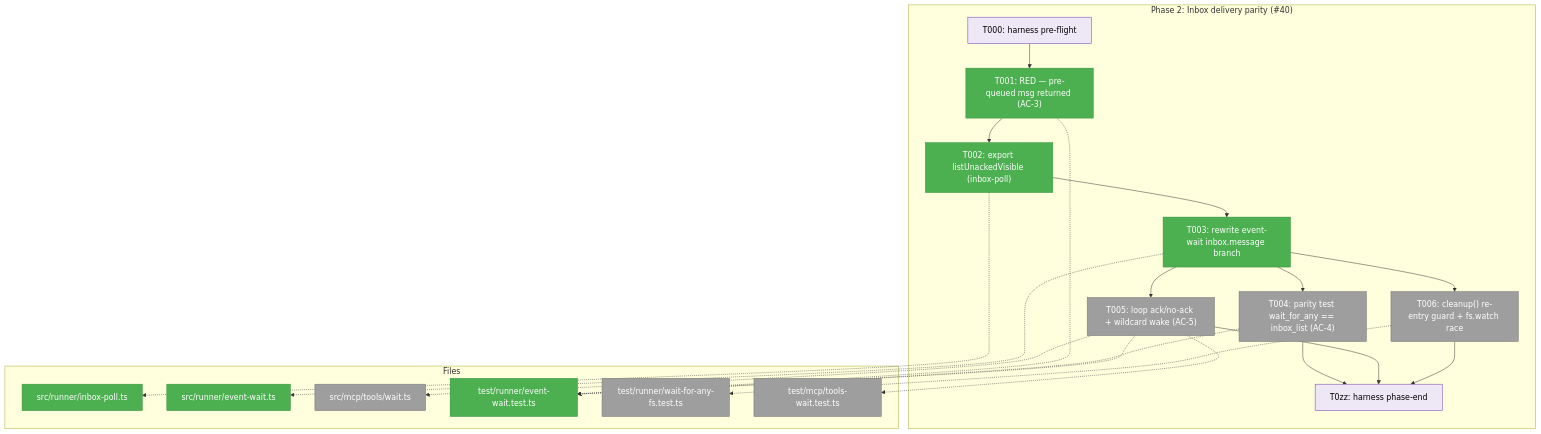
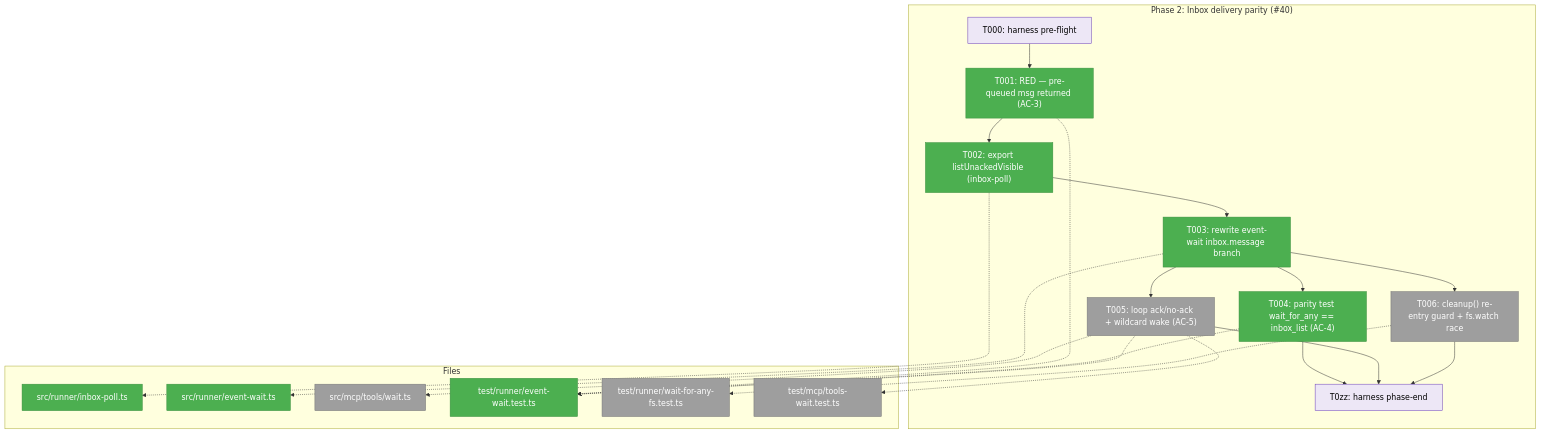
One commit to AI-Substrate/minih changed the first of 3 diagrams in docs/plans/027-companion-coordination/tasks/phase-2-inbox-delivery-parity/tasks.md. Above: the diagram before and after it, drawn with Mermaid. The commit also changed other lines of this file and 2 other files, not shown here.

Commit message:
test(runner): pin wait_for_any<->inbox_list unacked parity (#40 AC-4)
Both surfaces call the shared listUnackedVisible, so the same filter must yield
the same unacked set. Assert it directly (no-filter and type-filter), seeding
below the default limit so the comparison is over full sets, not coincidentally
truncated ones — a future limit change can't silently drift parity.

````diff
--- a/docs/plans/027-companion-coordination/tasks/phase-2-inbox-delivery-parity/tasks.md
+++ b/docs/plans/027-companion-coordination/tasks/phase-2-inbox-delivery-parity/tasks.md
@@ -79,43 +79,43 @@
 ```mermaid
 flowchart TD
     classDef pending fill:#9E9E9E,stroke:#757575,color:#fff
     classDef completed fill:#4CAF50,stroke:#388E3C,color:#fff
     classDef seam fill:#EDE7F6,stroke:#673AB7,color:#000
 
     subgraph Phase["Phase 2: Inbox delivery parity (#40)"]
         T000["T000: harness pre-flight"]:::seam
         T001["T001: RED — pre-queued msg returned (AC-3)"]:::completed
         T002["T002: export listUnackedVisible (inbox-poll)"]:::completed
         T003["T003: rewrite event-wait inbox.message branch"]:::completed
-        T004["T004: parity test wait_for_any == inbox_list (AC-4)"]:::pending
+        T004["T004: parity test wait_for_any == inbox_list (AC-4)"]:::completed
         T005["T005: loop ack/no-ack + wildcard wake (AC-5)"]:::pending
         T006["T006: cleanup() re-entry guard + fs.watch race"]:::pending
         T0zz["T0zz: harness phase-end"]:::seam
 
         T000 --> T001 --> T002 --> T003
         T003 --> T004
         T003 --> T005
         T003 --> T006
         T004 --> T0zz
         T005 --> T0zz
         T006 --> T0zz
     end
 
     subgraph Files["Files"]
         F1["src/runner/inbox-poll.ts"]:::completed
         F2["src/runner/event-wait.ts"]:::completed
         F3["src/mcp/tools/wait.ts"]:::pending
         FT1["test/runner/event-wait.test.ts"]:::completed
         FT2["test/runner/wait-for-any-fs.test.ts"]:::pending
         FT3["test/mcp/tools-wait.test.ts"]:::pending
     end
 
     T002 -.-> F1
     T003 -.-> F2
     T001 -.-> FT1
     T004 -.-> FT1
     T005 -.-> FT1
     T005 -.-> FT3
     T006 -.-> FT2
     T005 -.-> F3
 ```
````
